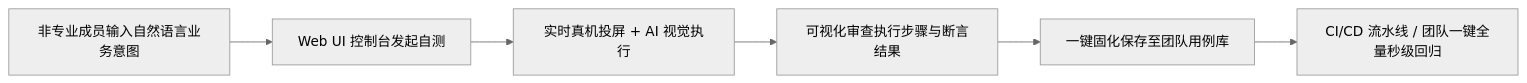
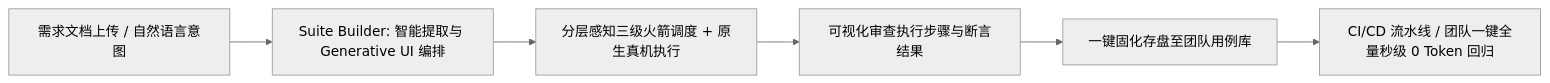
Before and after one commit to Peterleoo/Autotest: the first of 2 diagrams in docs/roadmap.md, drawn with Mermaid (neutral theme). The commit also changed other lines of this file and 3 other files, not shown here.

Commit message:
docs: update architecture, roadmap, and product specifications for recent release iterations

````diff
--- a/docs/roadmap.md
+++ b/docs/roadmap.md
@@ -17,8 +17,8 @@
 ```mermaid
 flowchart LR
-    A[非专业成员输入自然语言业务意图] --> B[Web UI 控制台发起自测]
-    B --> C[实时真机投屏 + AI 视觉执行]
+    A[需求文档上传 / 自然语言意图] --> B[Suite Builder: 智能提取与 Generative UI 编排]
+    B --> C[分层感知三级火箭调度 + 原生真机执行]
     C --> D[可视化审查执行步骤与断言结果]
-    D --> E[一键固化保存至团队用例库]
-    E --> F[CI/CD 流水线 / 团队一键全量秒级回归]
+    D --> E[一键固化存盘至团队用例库]
+    E --> F[CI/CD 流水线 / 团队一键全量秒级 0 Token 回归]
 ```
````
